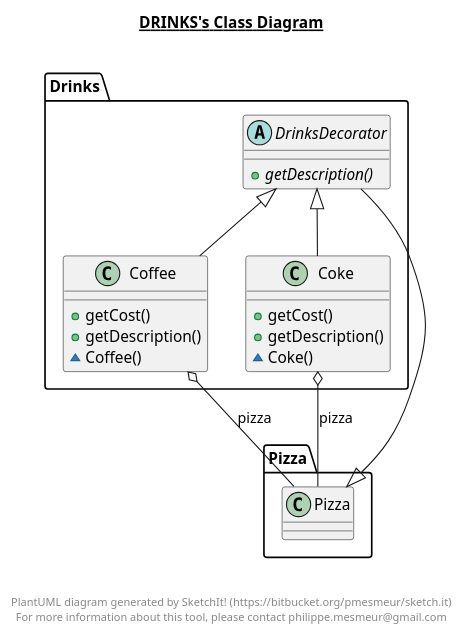
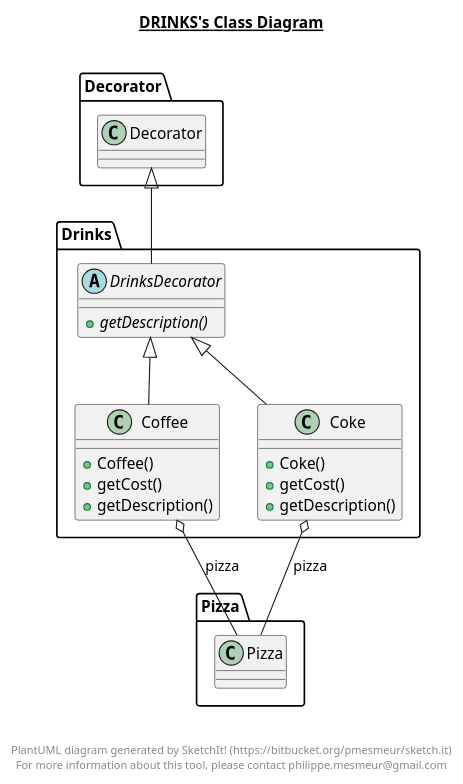
One commit to zarif98sjs/CSE-308-Software-Engineering changed the diagram in Offline 3/Problem 2/out/production/Problem 2/Drinks/Drinks.plantuml. Above: the diagram before and after it, drawn with PlantUML. The commit also changed 16 other files, not shown here.

```diff
--- a/Offline 3/Problem 2/out/production/Problem 2/Drinks/Drinks.plantuml
+++ b/Offline 3/Problem 2/out/production/Problem 2/Drinks/Drinks.plantuml
@@ -1,44 +1,44 @@
 @startuml
 
 title __DRINKS's Class Diagram__\n
 
   namespace Drinks {
     class Drinks.Coffee {
+        + Coffee()
         + getCost()
         + getDescription()
-        ~ Coffee()
     }
   }
   
 
   namespace Drinks {
     class Drinks.Coke {
+        + Coke()
         + getCost()
         + getDescription()
-        ~ Coke()
     }
   }
   
 
   namespace Drinks {
     abstract class Drinks.DrinksDecorator {
         {abstract} + getDescription()
     }
   }
   
 
   Drinks.Coffee -up-|> Drinks.DrinksDecorator
   Drinks.Coffee o-- Pizza.Pizza : pizza
   Drinks.Coke -up-|> Drinks.DrinksDecorator
   Drinks.Coke o-- Pizza.Pizza : pizza
-  Drinks.DrinksDecorator -up-|> Pizza.Pizza
+  Drinks.DrinksDecorator -up-|> Decorator.Decorator
 
 
 right footer
 
 
 PlantUML diagram generated by SketchIt! (https://bitbucket.org/pmesmeur/sketch.it)
 For more information about this tool, please contact philippe.mesmeur@gmail.com
 endfooter
 
 @enduml
```
